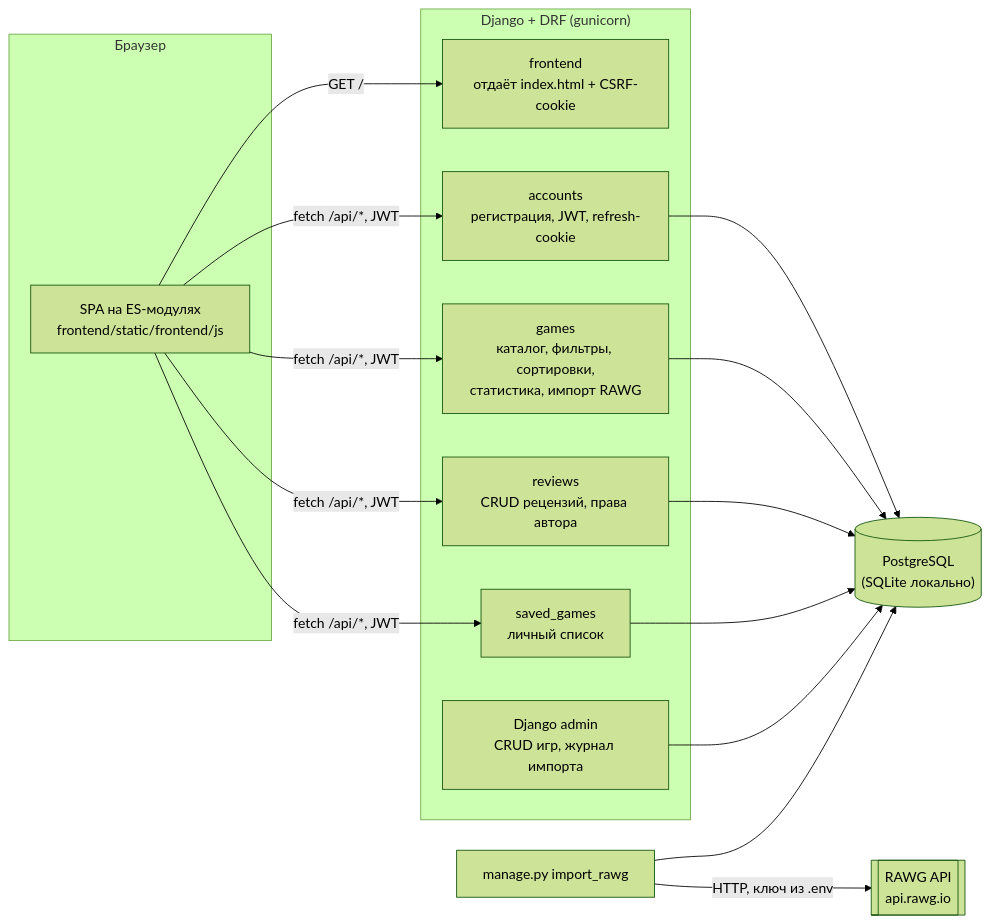
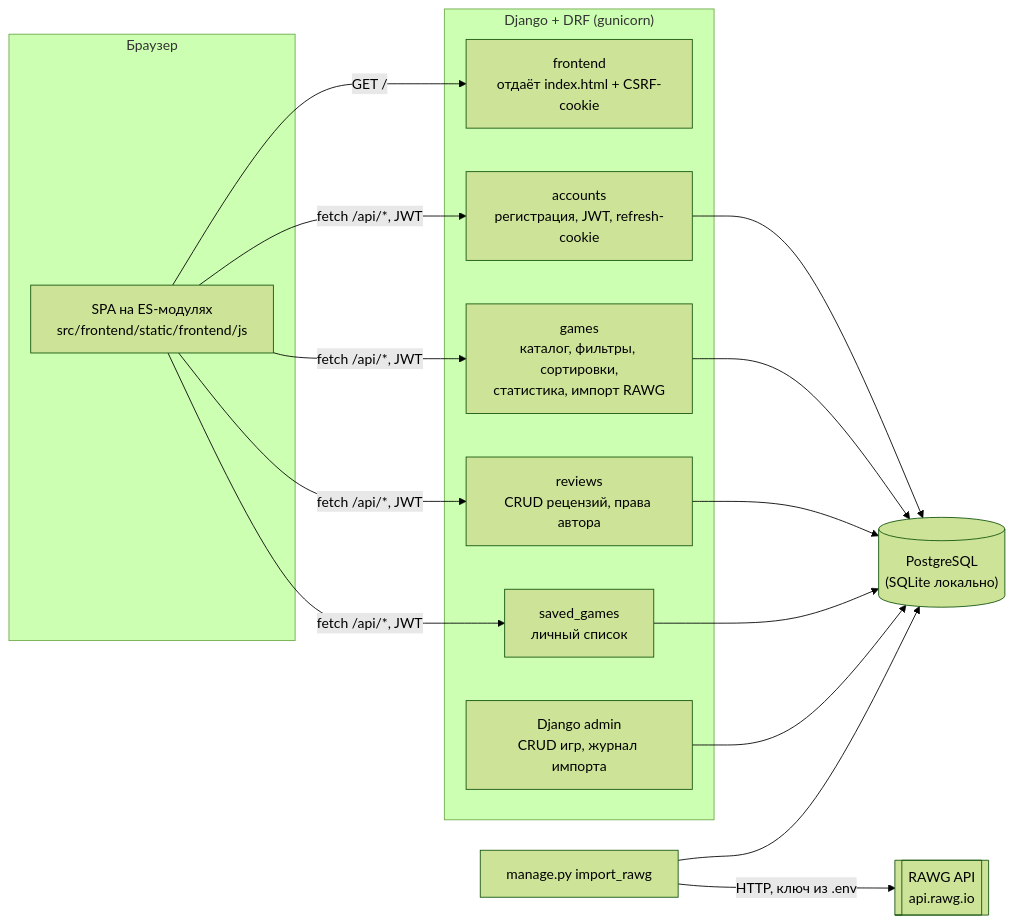
The first of 3 diagrams in docs/architecture.md (zrmiles/kritik), drawn with Mermaid (forest theme) before and after one commit. The commit also changed other lines of this file and 2 other files, not shown here.

Commit message:
Обновить пути к коду в документации после переноса в src/

````diff
--- a/docs/architecture.md
+++ b/docs/architecture.md
@@ -5,24 +5,24 @@
 ```mermaid
 flowchart LR
     subgraph Браузер
-        SPA["SPA на ES-модулях<br/>frontend/static/frontend/js"]
+        SPA["SPA на ES-модулях<br/>src/frontend/static/frontend/js"]
     end
 
     subgraph Django["Django + DRF (gunicorn)"]
         FE["frontend<br/>отдаёт index.html + CSRF-cookie"]
         ACC["accounts<br/>регистрация, JWT, refresh-cookie"]
         GAMES["games<br/>каталог, фильтры, сортировки,<br/>статистика, импорт RAWG"]
         REV["reviews<br/>CRUD рецензий, права автора"]
         SAVED["saved_games<br/>личный список"]
         ADMIN["Django admin<br/>CRUD игр, журнал импорта"]
     end
 
     DB[("PostgreSQL<br/>(SQLite локально)")]
     RAWG[["RAWG API<br/>api.rawg.io"]]
 
     SPA -- "fetch /api/*, JWT" --> ACC & GAMES & REV & SAVED
     SPA -- "GET /" --> FE
     ACC & GAMES & REV & SAVED & ADMIN --> DB
     CMD["manage.py import_rawg"] -- "HTTP, ключ из .env" --> RAWG
     CMD --> DB
 ```
````
